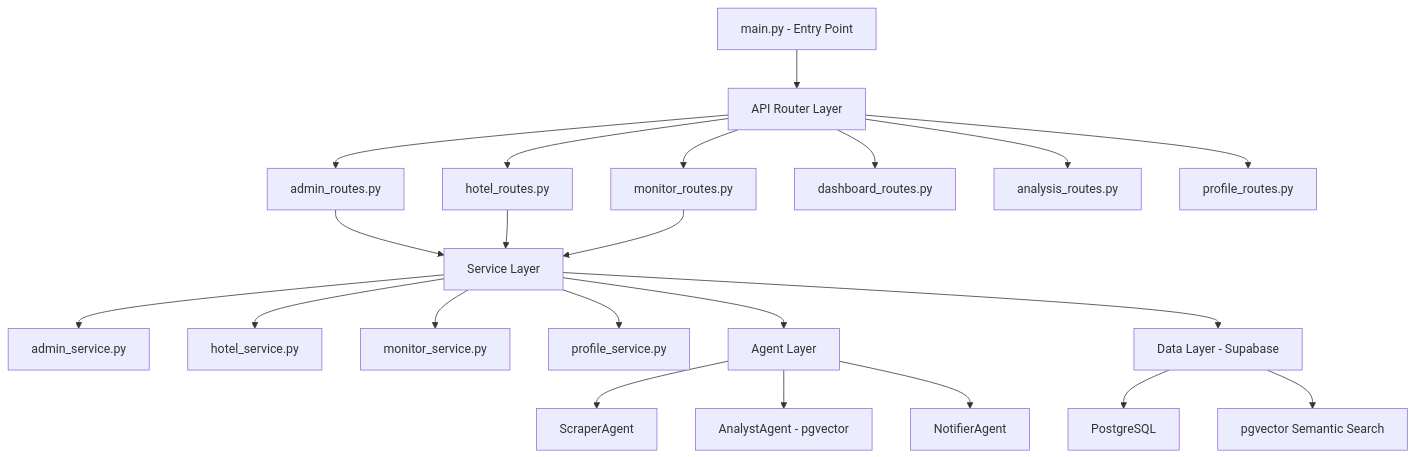
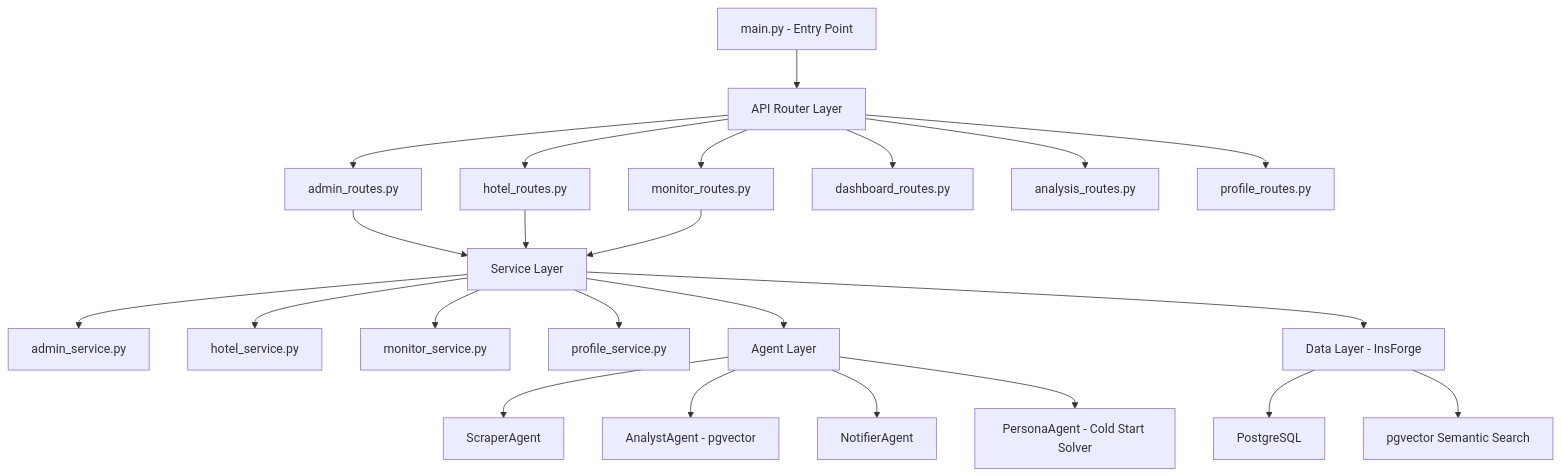
The first of 2 diagrams in ARCHITECTURE.md (tripzydevops/hotel), drawn with Mermaid before and after one commit. The commit also changed other lines of this file and 14 other files, not shown here.

````diff
--- a/ARCHITECTURE.md
+++ b/ARCHITECTURE.md
@@ -7,28 +7,29 @@
 ```mermaid
 graph TD
     A[main.py - Entry Point] --> B[API Router Layer]
     B --> B1[admin_routes.py]
     B --> B2[hotel_routes.py]
     B --> B3[monitor_routes.py]
     B --> B4[dashboard_routes.py]
     B --> B5[analysis_routes.py]
     B --> B6[profile_routes.py]
 
     B1 --> C[Service Layer]
     B2 --> C
     B3 --> C
 
     C --> C1[admin_service.py]
     C --> C2[hotel_service.py]
     C --> C3[monitor_service.py]
     C --> C4[profile_service.py]
 
     C --> D[Agent Layer]
     D --> D1[ScraperAgent]
     D --> D2[AnalystAgent - pgvector]
     D --> D3[NotifierAgent]
+    D --> D4[PersonaAgent - Cold Start Solver]
 
-    C --> E[Data Layer - Supabase]
+    C --> E[Data Layer - InsForge]
     E --> E1[PostgreSQL]
     E --> E2[pgvector Semantic Search]
 ```
````
